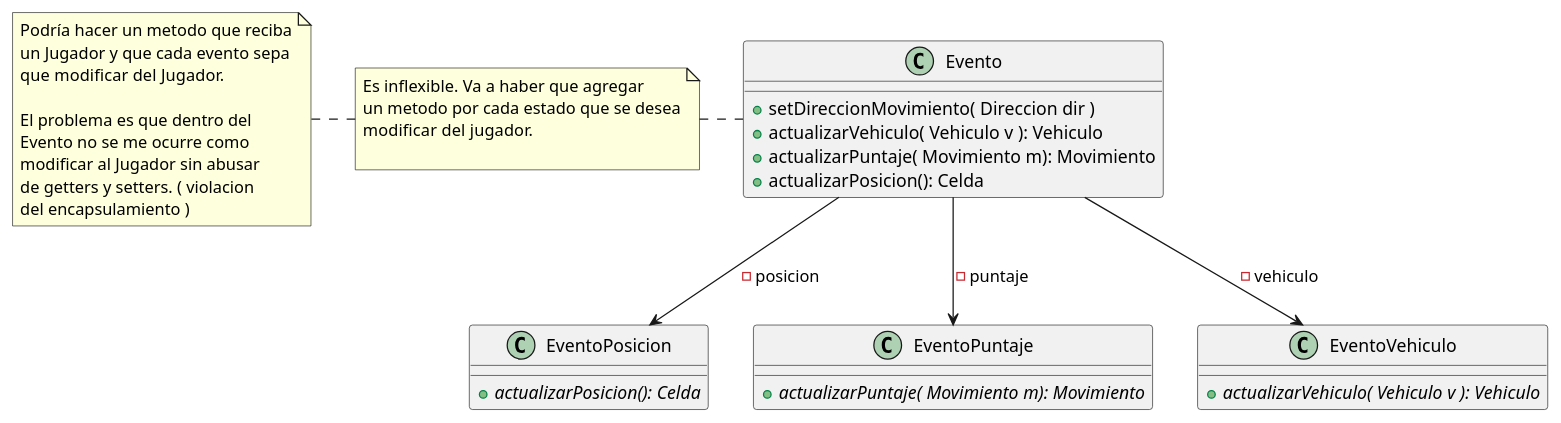
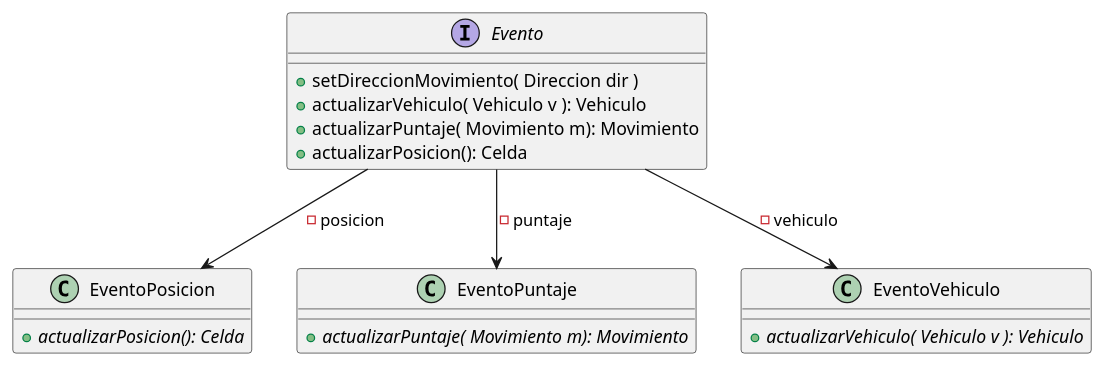
Before and after one commit to rodrigovzq/algo3_tp2: the second of 2 diagrams in diagrams/classes/Evento.puml, drawn with PlantUML. The commit also changed other lines of this file and 6 other files, not shown here.

Commit message:
Fix: corregi errores de puml y actualize diagramas

```diff
--- a/diagrams/classes/Evento.puml
+++ b/diagrams/classes/Evento.puml
@@ -85,42 +65,23 @@
 @startuml(id=SINSUBCLASES)
-class Evento{
+interface Evento{
         + setDireccionMovimiento( Direccion dir )
         + actualizarVehiculo( Vehiculo v ): Vehiculo
         + actualizarPuntaje( Movimiento m): Movimiento
         + actualizarPosicion(): Celda
 }
 
 Evento --> EventoPosicion: - posicion
 Evento --> EventoPuntaje: - puntaje 
 Evento --> EventoVehiculo: - vehiculo 
 
 class EventoPosicion{
         + {abstract} actualizarPosicion(): Celda
 }
 class EventoVehiculo{
         + {abstract} actualizarVehiculo( Vehiculo v ): Vehiculo
 }
 class EventoPuntaje{
         + {abstract} actualizarPuntaje( Movimiento m): Movimiento
 }
 
-note left of Evento
-Es inflexible. Va a haber que agregar
-un metodo por cada estado que se desea
-modificar del jugador.
-
-end note
-
-
-note left
-Podría hacer un metodo que reciba
-un Jugador y que cada evento sepa
-que modificar del Jugador.
-
-El problema es que dentro del
-Evento no se me ocurre como
-modificar al Jugador sin abusar
-de getters y setters. ( violacion
-del encapsulamiento )
-end note
 @enduml
```
